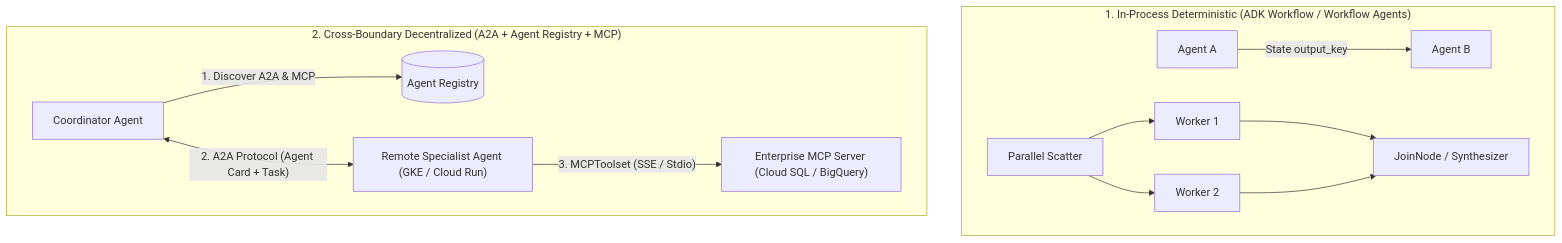
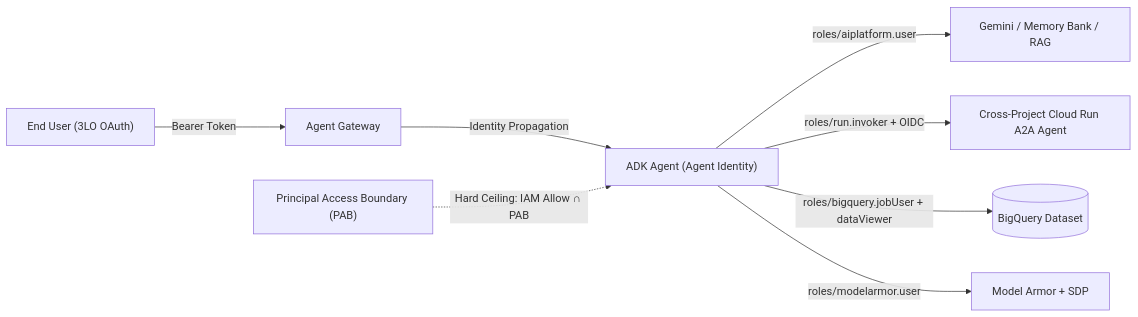
Before and after one commit to cmanikandan/gcp-certification-professional-agentic-architect: the first of 4 diagrams in STUDY_GUIDE.md, drawn with Mermaid. The commit also changed other lines of this file and 78 other files, not shown here.

````diff
--- a/STUDY_GUIDE.md
+++ b/STUDY_GUIDE.md
@@ -81,16 +47,10 @@
 ```mermaid
-graph TD
-    subgraph "1. In-Process Deterministic (ADK Workflow / Workflow Agents)"
-        A["Agent A"] -->|"State output_key"| B["Agent B"]
-        Router["Parallel Scatter"] --> P1["Worker 1"]
-        Router --> P2["Worker 2"]
-        P1 --> Join["JoinNode / Synthesizer"]
-        P2 --> Join
-    end
-
-    subgraph "2. Cross-Boundary Decentralized (A2A + Agent Registry + MCP)"
-        Coord["Coordinator Agent"] -->|"1. Discover A2A & MCP"| Reg[("Agent Registry")]
-        Coord <-->|"2. A2A Protocol (Agent Card + Task)"| Rem["Remote Specialist Agent (GKE / Cloud Run)"]
-        Rem -->|"3. MCPToolset (SSE / Stdio)"| MCP["Enterprise MCP Server (Cloud SQL / BigQuery)"]
-    end
+flowchart LR
+    Human["End User (3LO OAuth)"] -->|"Bearer Token"| GW["Agent Gateway"]
+    GW -->|"Identity Propagation"| Agent["ADK Agent (Agent Identity)"]
+    PAB["Principal Access Boundary (PAB)"] -.->|"Hard Ceiling: IAM Allow ∩ PAB"| Agent
+    Agent -->|"roles/aiplatform.user"| VAI["Gemini / Memory Bank / RAG"]
+    Agent -->|"roles/run.invoker + OIDC"| Peer["Cross-Project Cloud Run A2A Agent"]
+    Agent -->|"roles/bigquery.jobUser + dataViewer"| BQ[("BigQuery Dataset")]
+    Agent -->|"roles/modelarmor.user"| MA["Model Armor + SDP"]
 ```
````
